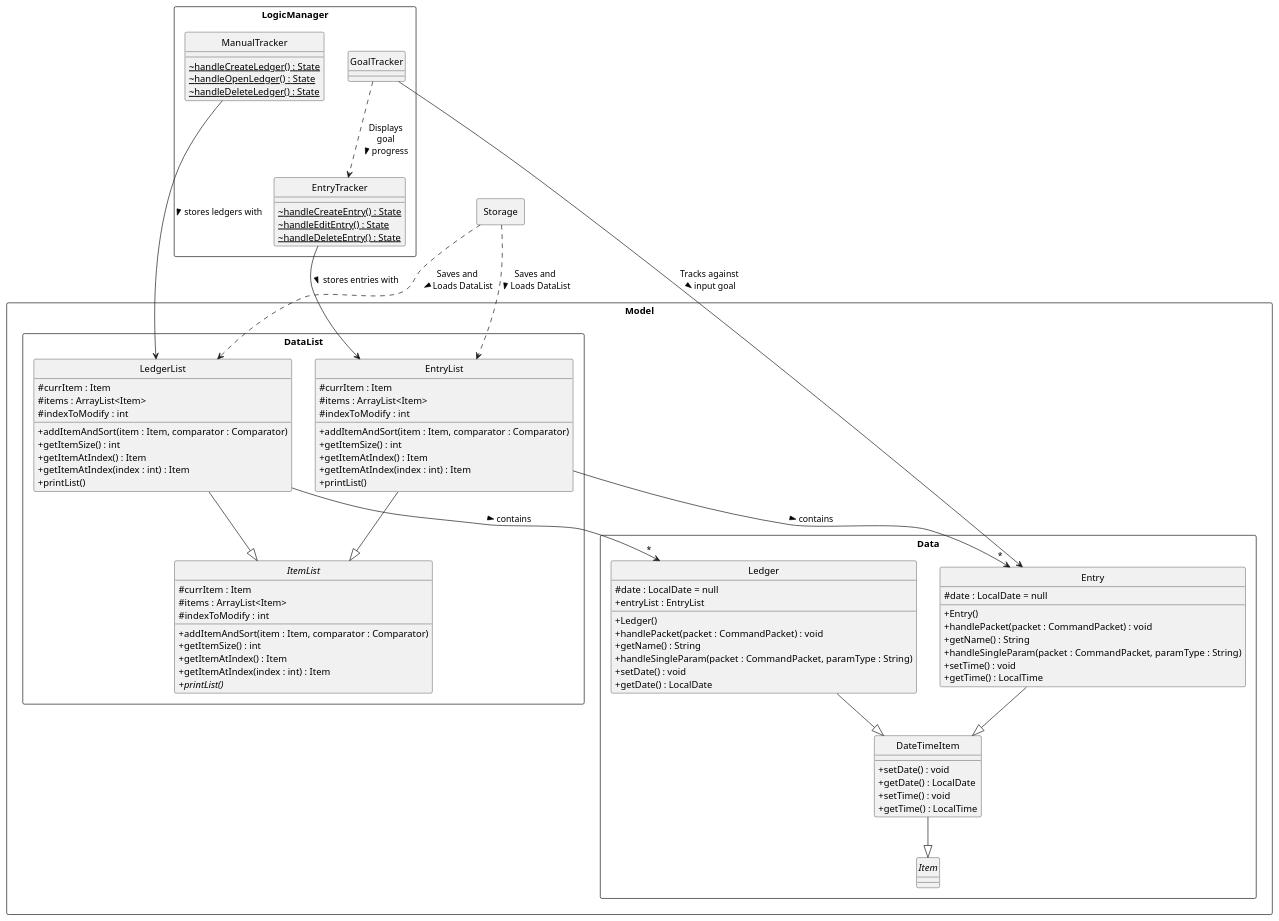
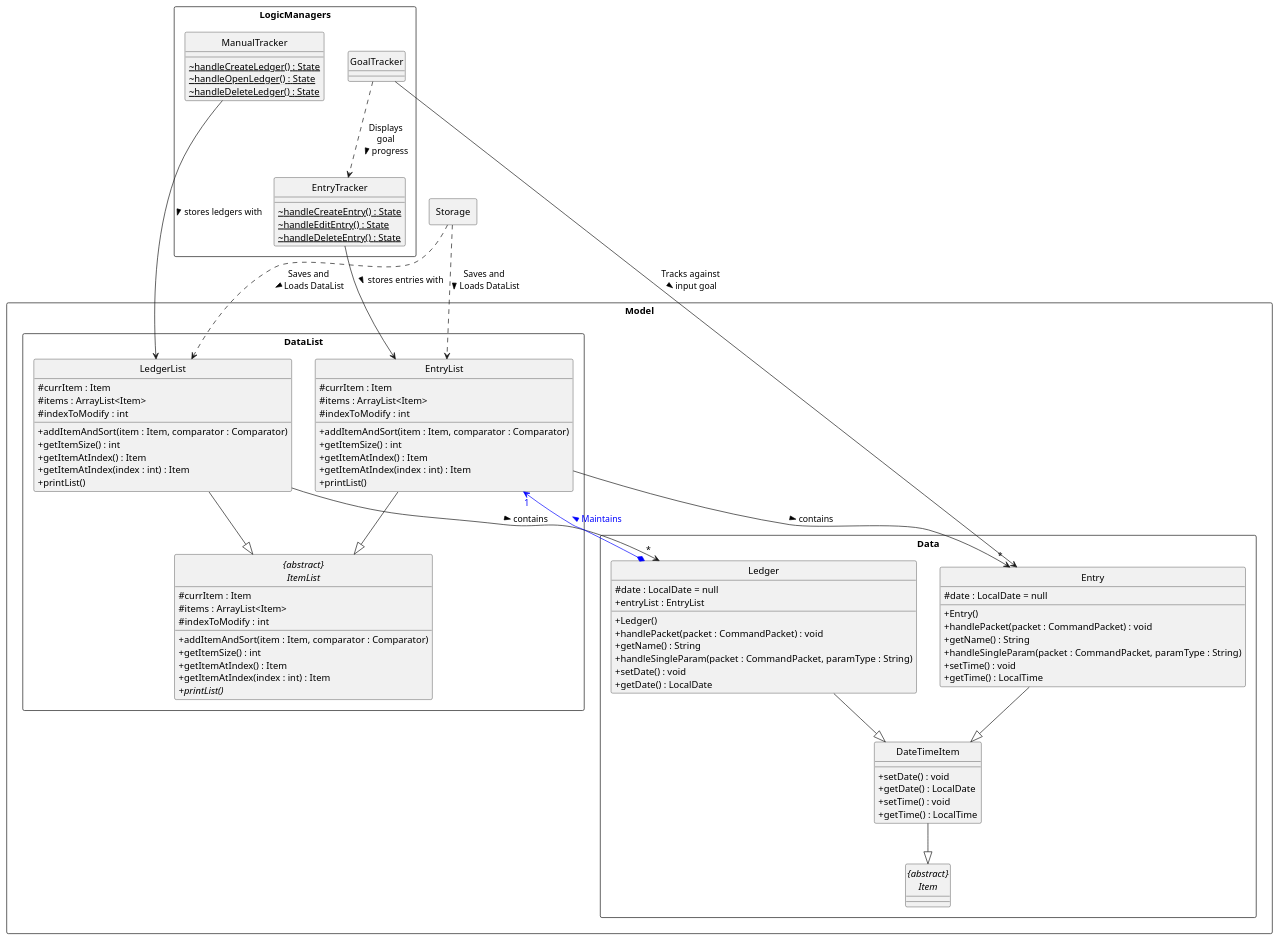
The diagram in docs/uml_images/manualTracker/Data.puml (nus-cs2113-AY2021S1/tp), drawn with PlantUML before and after one commit. The commit also changed 32 other files, not shown here.

```diff
--- a/docs/uml_images/manualTracker/Data.puml
+++ b/docs/uml_images/manualTracker/Data.puml
@@ -1,132 +1,133 @@
 @startuml
 hide circle
 skinparam classAttributeIconSize 0
 skinparam BoxPadding 50
 skinparam shadowing false
 
 skinparam package<<Layout>> {
   borderColor Transparent
   backgroundColor Transparent
   fontColor Transparent
   stereotypeFontColor Transparent
 }
 
 rectangle Storage {
 }
 
 
 
 
 
 rectangle Model {
 rectangle Data {
 
     class Ledger {
         # date : LocalDate = null
         + entryList : EntryList
         + Ledger()
         + handlePacket(packet : CommandPacket) : void
         + getName() : String
         + handleSingleParam(packet : CommandPacket, paramType : String)
         + setDate() : void
         + getDate() : LocalDate
     }
 
     class Entry {
         # date : LocalDate = null
         + Entry()
         + handlePacket(packet : CommandPacket) : void
         + getName() : String
         + handleSingleParam(packet : CommandPacket, paramType : String)
         + setTime() : void
         + getTime() : LocalTime
     }
         class DateTimeItem {
             + setDate() : void
             + getDate() : LocalDate
             + setTime() : void
             + getTime() : LocalTime
         }
 
-        abstract class Item {
+        abstract class "{abstract}\nItem"{
         }
 
 
     }
     rectangle DataList {
-        abstract class ItemList {
+        abstract class "{abstract}\nItemList"{
             # currItem : Item
             # items : ArrayList<Item>
             # indexToModify : int
 
             + addItemAndSort(item : Item, comparator : Comparator)
             + getItemSize() : int
             + getItemAtIndex() : Item
             + getItemAtIndex(index : int) : Item
             + {abstract} printList()
         }
 
         class LedgerList {
             # currItem : Item
             # items : ArrayList<Item>
             # indexToModify : int
 
             + addItemAndSort(item : Item, comparator : Comparator)
             + getItemSize() : int
             + getItemAtIndex() : Item
             + getItemAtIndex(index : int) : Item
             + printList()
         }
 
         class EntryList {
             # currItem : Item
             # items : ArrayList<Item>
             # indexToModify : int
 
             + addItemAndSort(item : Item, comparator : Comparator)
             + getItemSize() : int
             + getItemAtIndex() : Item
             + getItemAtIndex(index : int) : Item
             + printList()
         }
     }
 
 
 
-    DateTimeItem --|> Item
+    DateTimeItem --|> "{abstract}\nItem"
     Ledger --|> DateTimeItem
     Entry --|> DateTimeItem
-    LedgerList --|> ItemList
-    EntryList --|> ItemList
+    LedgerList --|> "{abstract}\nItemList"
+    EntryList --|> "{abstract}\nItemList"
     LedgerList --> "*" Ledger : contains >
     EntryList --> "*" Entry : contains >
+    Ledger *-> "1" EntryList #line:blue;text:blue : Maintains >
 
 }
 
-rectangle LogicManager {
+rectangle LogicManagers {
     class GoalTracker {
     }
 
     class ManualTracker {
         ~ {static} handleCreateLedger() : State
         ~ {static} handleOpenLedger() : State
         ~ {static} handleDeleteLedger() : State
     }
 
     class EntryTracker {
         ~ {static} handleCreateEntry() : State
         ~ {static} handleEditEntry() : State
         ~ {static} handleDeleteEntry() : State
     }
 
     EntryTracker --> EntryList : stores entries with >
     ManualTracker -right-> LedgerList : stores ledgers with >
 }
 
 GoalTracker --> Entry : Tracks against \n input goal >
 GoalTracker ..> EntryTracker : Displays\ngoal\nprogress >
 
 Storage ..> LedgerList : Saves and \nLoads DataList >
 Storage ..> EntryList : Saves and \nLoads DataList >
 
 @enduml
```
